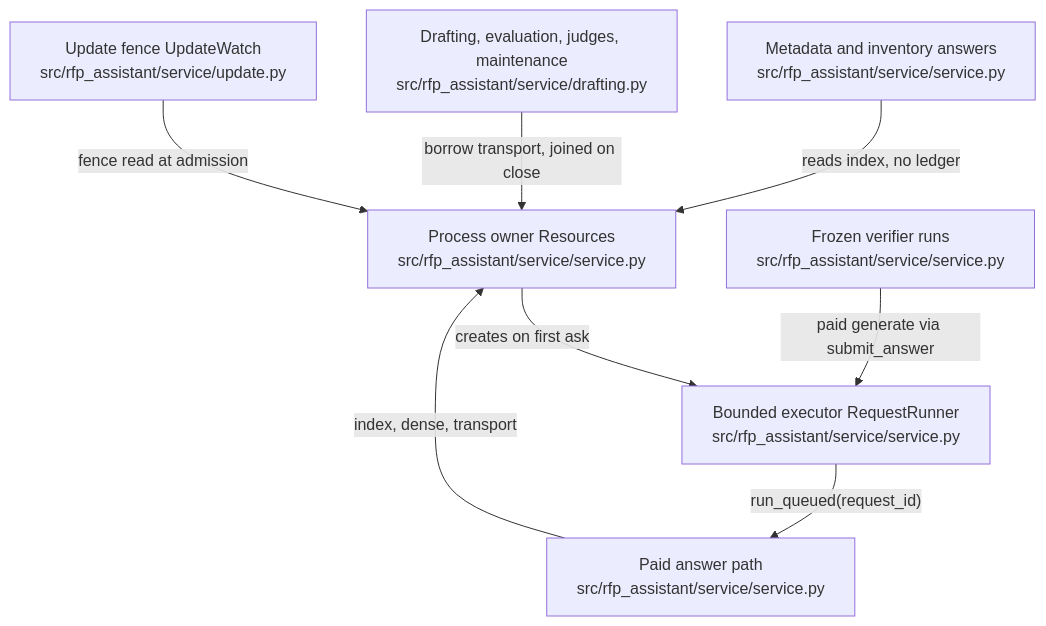
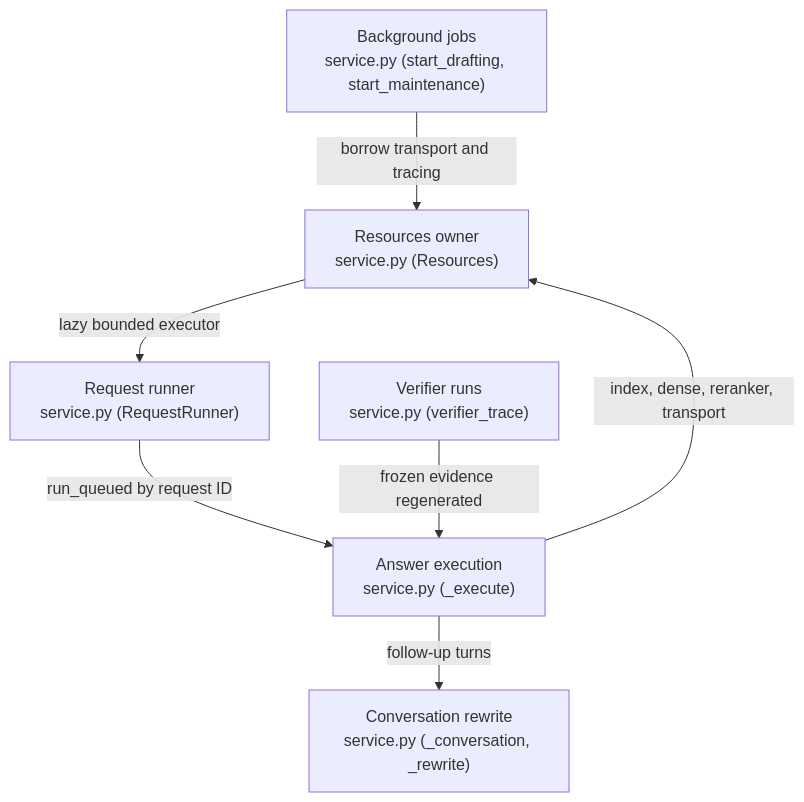
Before and after one commit to littleeeeebit/project-codeit-mid: the diagram in .omm/overall-architecture/service-core/diagram.mmd, drawn with Mermaid. The commit also changed 424 other files, not shown here.

```diff
--- a/.omm/overall-architecture/service-core/diagram.mmd
+++ b/.omm/overall-architecture/service-core/diagram.mmd
@@ -1,8 +1,7 @@
 graph TD
-  resources-owner["Process owner Resources\nsrc/rfp_assistant/service/service.py"] -->|"creates on first ask"| request-runner["Bounded executor RequestRunner\nsrc/rfp_assistant/service/service.py"]
-  request-runner -->|"run_queued(request_id)"| answer-path["Paid answer path\nsrc/rfp_assistant/service/service.py"]
-  answer-path -->|"index, dense, transport"| resources-owner
-  free-answers["Metadata and inventory answers\nsrc/rfp_assistant/service/service.py"] -->|"reads index, no ledger"| resources-owner
-  background-jobs["Drafting, evaluation, judges, maintenance\nsrc/rfp_assistant/service/drafting.py"] -->|"borrow transport, joined on close"| resources-owner
-  update-watch["Update fence UpdateWatch\nsrc/rfp_assistant/service/update.py"] -->|"fence read at admission"| resources-owner
-  verifier-traces["Frozen verifier runs\nsrc/rfp_assistant/service/service.py"] -->|"paid generate via submit_answer"| request-runner
+  resources["Resources owner\nservice.py (Resources)"] -->|lazy bounded executor| request-runner["Request runner\nservice.py (RequestRunner)"]
+  request-runner -->|run_queued by request ID| answer-execution["Answer execution\nservice.py (_execute)"]
+  answer-execution -->|follow-up turns| conversation-rewrite["Conversation rewrite\nservice.py (_conversation, _rewrite)"]
+  answer-execution -->|index, dense, reranker, transport| resources
+  verifier-runs["Verifier runs\nservice.py (verifier_trace)"] -->|frozen evidence regenerated| answer-execution
+  background-jobs["Background jobs\nservice.py (start_drafting, start_maintenance)"] -->|borrow transport and tracing| resources
```
